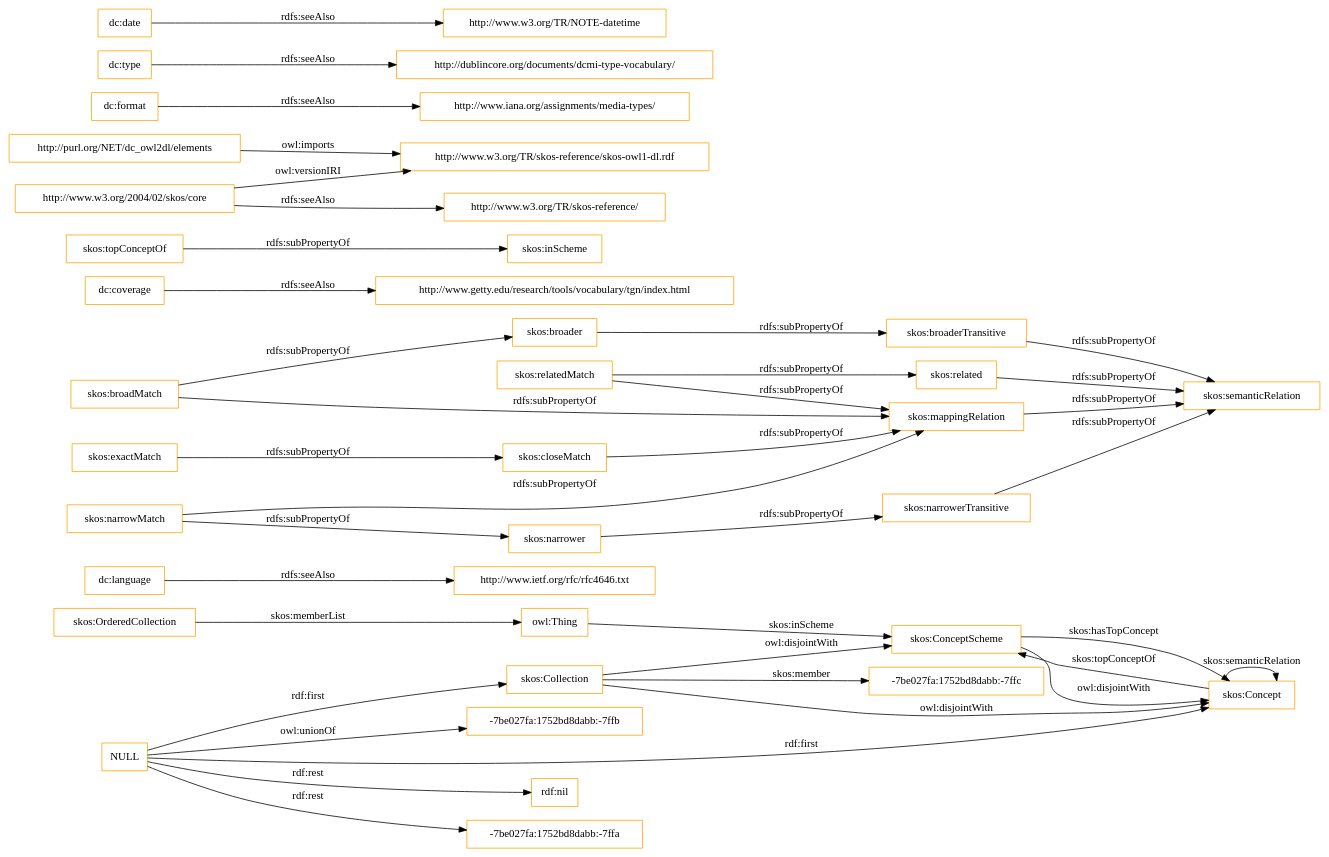
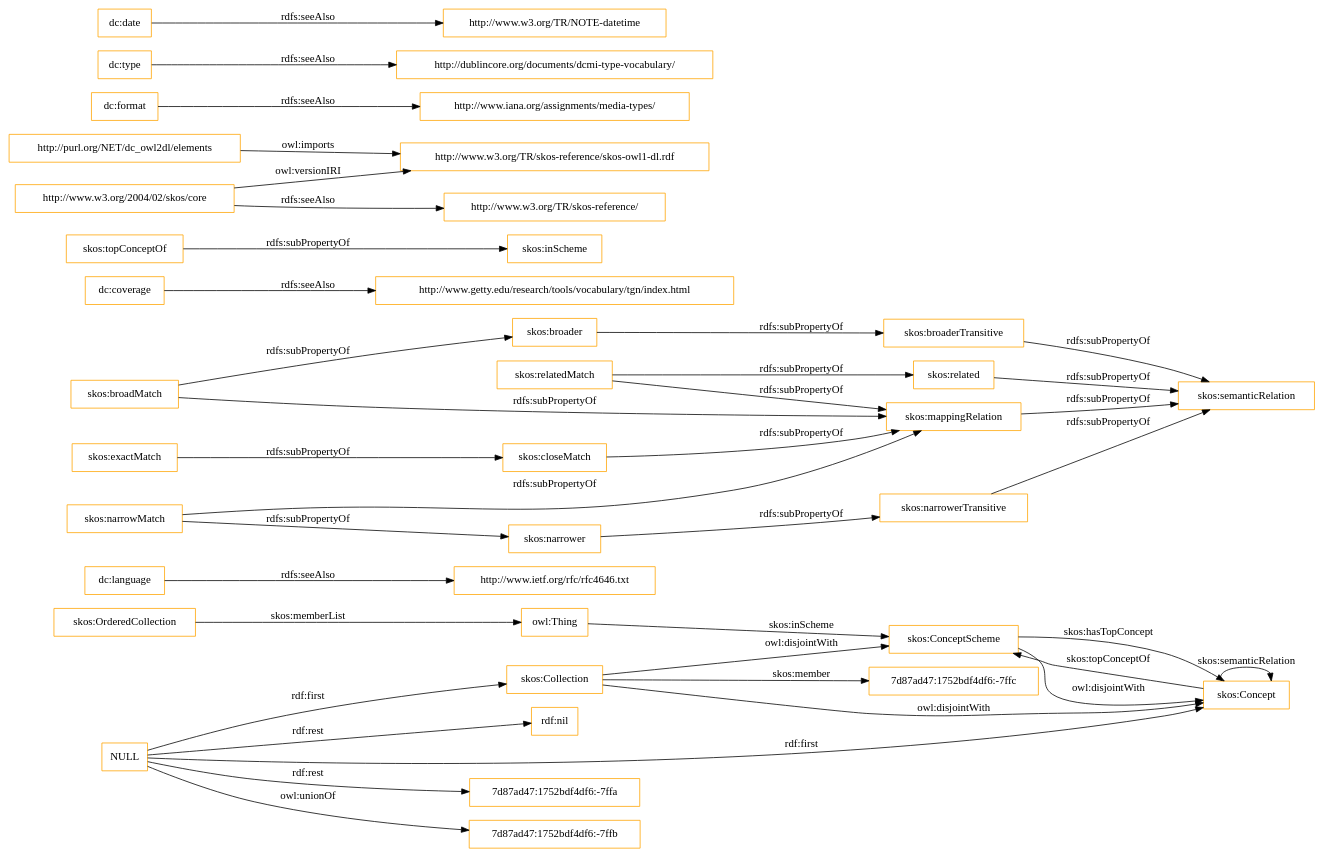
Before and after one commit to OnToologyUser/core-ontology-1: the diagram in OnToology/imports/elements.owl/diagrams/ar2dtool-class/elements.owl.png.dot, drawn with Graphviz. The commit also changed 14 other files, not shown here.

```diff
--- a/OnToology/imports/elements.owl/diagrams/ar2dtool-class/elements.owl.png.dot
+++ b/OnToology/imports/elements.owl/diagrams/ar2dtool-class/elements.owl.png.dot
@@ -1,43 +1,43 @@
 digraph ar2dtool_diagram { 
 rankdir=LR;
 size="1501"
-node [shape = rectangle, color="orange"]; "-7be027fa:1752bd8dabb:-7ffc" "skos:OrderedCollection" "skos:Collection" "skos:ConceptScheme" "skos:Concept" ; /*classes style*/
+node [shape = rectangle, color="orange"]; "7d87ad47:1752bdf4df6:-7ffc" "skos:OrderedCollection" "skos:Collection" "skos:ConceptScheme" "skos:Concept" ; /*classes style*/
 	"dc:language" -> "http://www.ietf.org/rfc/rfc4646.txt" [ label = "rdfs:seeAlso" ];
+	"NULL" -> "7d87ad47:1752bdf4df6:-7ffa" [ label = "rdf:rest" ];
+	"NULL" -> "skos:Concept" [ label = "rdf:first" ];
+	"NULL" -> "7d87ad47:1752bdf4df6:-7ffb" [ label = "owl:unionOf" ];
 	"NULL" -> "rdf:nil" [ label = "rdf:rest" ];
 	"NULL" -> "skos:Collection" [ label = "rdf:first" ];
-	"NULL" -> "-7be027fa:1752bd8dabb:-7ffa" [ label = "rdf:rest" ];
-	"NULL" -> "skos:Concept" [ label = "rdf:first" ];
-	"NULL" -> "-7be027fa:1752bd8dabb:-7ffb" [ label = "owl:unionOf" ];
 	"skos:closeMatch" -> "skos:mappingRelation" [ label = "rdfs:subPropertyOf" ];
 	"dc:coverage" -> "http://www.getty.edu/research/tools/vocabulary/tgn/index.html" [ label = "rdfs:seeAlso" ];
 	"skos:relatedMatch" -> "skos:related" [ label = "rdfs:subPropertyOf" ];
 	"skos:relatedMatch" -> "skos:mappingRelation" [ label = "rdfs:subPropertyOf" ];
 	"skos:ConceptScheme" -> "skos:Concept" [ label = "owl:disjointWith" ];
 	"skos:related" -> "skos:semanticRelation" [ label = "rdfs:subPropertyOf" ];
 	"skos:topConceptOf" -> "skos:inScheme" [ label = "rdfs:subPropertyOf" ];
 	"skos:broadMatch" -> "skos:broader" [ label = "rdfs:subPropertyOf" ];
 	"skos:broadMatch" -> "skos:mappingRelation" [ label = "rdfs:subPropertyOf" ];
 	"http://purl.org/NET/dc_owl2dl/elements" -> "http://www.w3.org/TR/skos-reference/skos-owl1-dl.rdf" [ label = "owl:imports" ];
 	"skos:exactMatch" -> "skos:closeMatch" [ label = "rdfs:subPropertyOf" ];
 	"dc:format" -> "http://www.iana.org/assignments/media-types/" [ label = "rdfs:seeAlso" ];
 	"skos:broaderTransitive" -> "skos:semanticRelation" [ label = "rdfs:subPropertyOf" ];
 	"dc:type" -> "http://dublincore.org/documents/dcmi-type-vocabulary/" [ label = "rdfs:seeAlso" ];
 	"skos:broader" -> "skos:broaderTransitive" [ label = "rdfs:subPropertyOf" ];
 	"skos:mappingRelation" -> "skos:semanticRelation" [ label = "rdfs:subPropertyOf" ];
 	"http://www.w3.org/2004/02/skos/core" -> "http://www.w3.org/TR/skos-reference/skos-owl1-dl.rdf" [ label = "owl:versionIRI" ];
 	"http://www.w3.org/2004/02/skos/core" -> "http://www.w3.org/TR/skos-reference/" [ label = "rdfs:seeAlso" ];
 	"skos:Collection" -> "skos:ConceptScheme" [ label = "owl:disjointWith" ];
 	"skos:Collection" -> "skos:Concept" [ label = "owl:disjointWith" ];
 	"skos:narrowMatch" -> "skos:narrower" [ label = "rdfs:subPropertyOf" ];
 	"skos:narrowMatch" -> "skos:mappingRelation" [ label = "rdfs:subPropertyOf" ];
 	"skos:narrower" -> "skos:narrowerTransitive" [ label = "rdfs:subPropertyOf" ];
 	"dc:date" -> "http://www.w3.org/TR/NOTE-datetime" [ label = "rdfs:seeAlso" ];
 	"skos:narrowerTransitive" -> "skos:semanticRelation" [ label = "rdfs:subPropertyOf" ];
 	"skos:OrderedCollection" -> "owl:Thing" [ label = "skos:memberList" ];
 	"skos:Concept" -> "skos:ConceptScheme" [ label = "skos:topConceptOf" ];
 	"skos:Concept" -> "skos:Concept" [ label = "skos:semanticRelation" ];
-	"skos:Collection" -> "-7be027fa:1752bd8dabb:-7ffc" [ label = "skos:member" ];
+	"skos:Collection" -> "7d87ad47:1752bdf4df6:-7ffc" [ label = "skos:member" ];
 	"skos:ConceptScheme" -> "skos:Concept" [ label = "skos:hasTopConcept" ];
 	"owl:Thing" -> "skos:ConceptScheme" [ label = "skos:inScheme" ];
 
 }
```
